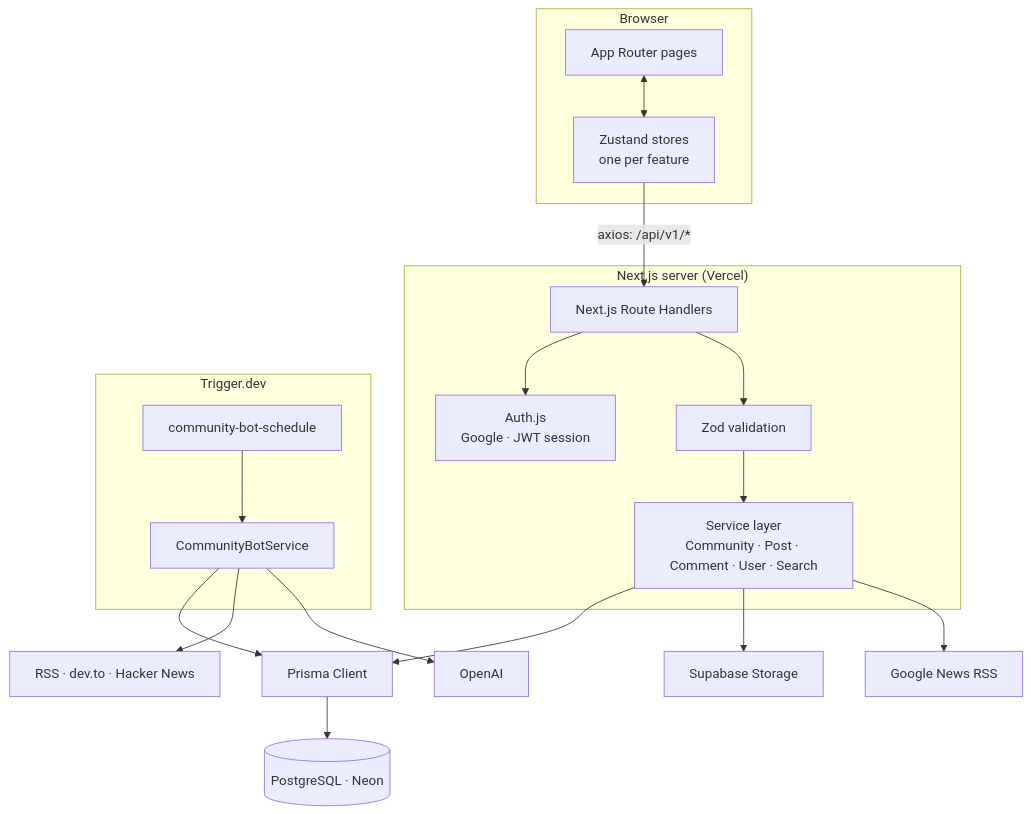
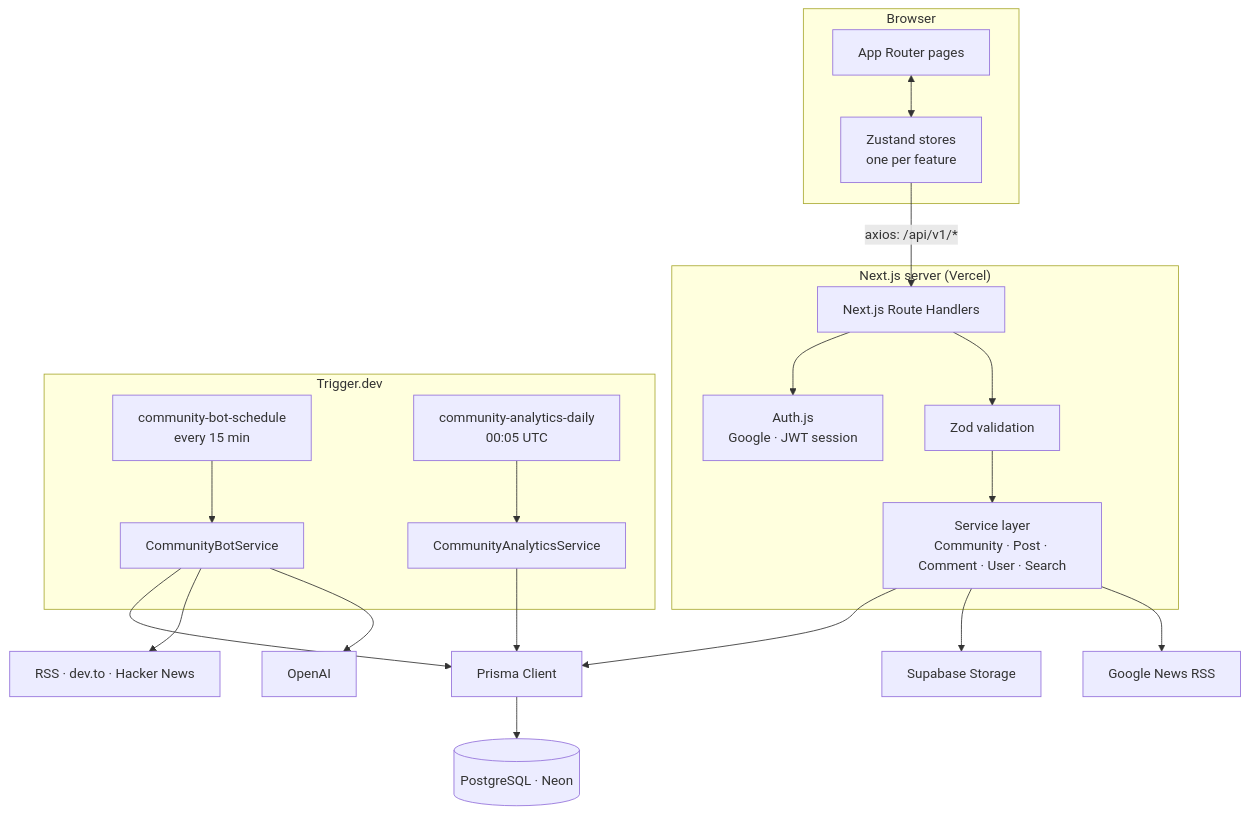
One commit to kashyapkrlucky/connexus changed the second of 3 diagrams in README.md. Above: the diagram before and after it, drawn with Mermaid. The commit also changed other lines of this file and 30 other files, not shown here.

Commit message:
Added search, infinite scroll, community analytics, and real help pages

````diff
--- a/README.md
+++ b/README.md
@@ -88,28 +88,30 @@
 ```mermaid
 flowchart TD
     subgraph Client["Browser"]
         UI["App Router pages"]
         Stores["Zustand stores<br/>one per feature"]
         UI <--> Stores
     end
 
     Stores -->|axios: /api/v1/*| Routes["Next.js Route Handlers"]
 
     subgraph Server["Next.js server (Vercel)"]
         Routes --> Auth["Auth.js<br/>Google · JWT session"]
         Routes --> Zod["Zod validation"]
         Zod --> Services["Service layer<br/>Community · Post · Comment · User · Search"]
     end
 
     subgraph Jobs["Trigger.dev"]
-        Schedule["community-bot-schedule"] --> Bot["CommunityBotService"]
+        Schedule["community-bot-schedule<br/>every 15 min"] --> Bot["CommunityBotService"]
+        Daily["community-analytics-daily<br/>00:05 UTC"] --> Snap["CommunityAnalyticsService"]
     end
 
     Services --> Prisma["Prisma Client"]
     Bot --> Prisma
+    Snap --> Prisma
     Bot --> Sources["RSS · dev.to · Hacker News"]
     Bot --> OpenAI["OpenAI"]
     Prisma --> DB[("PostgreSQL · Neon")]
     Services --> Supabase["Supabase Storage"]
     Services --> News["Google News RSS"]
 ```
````
